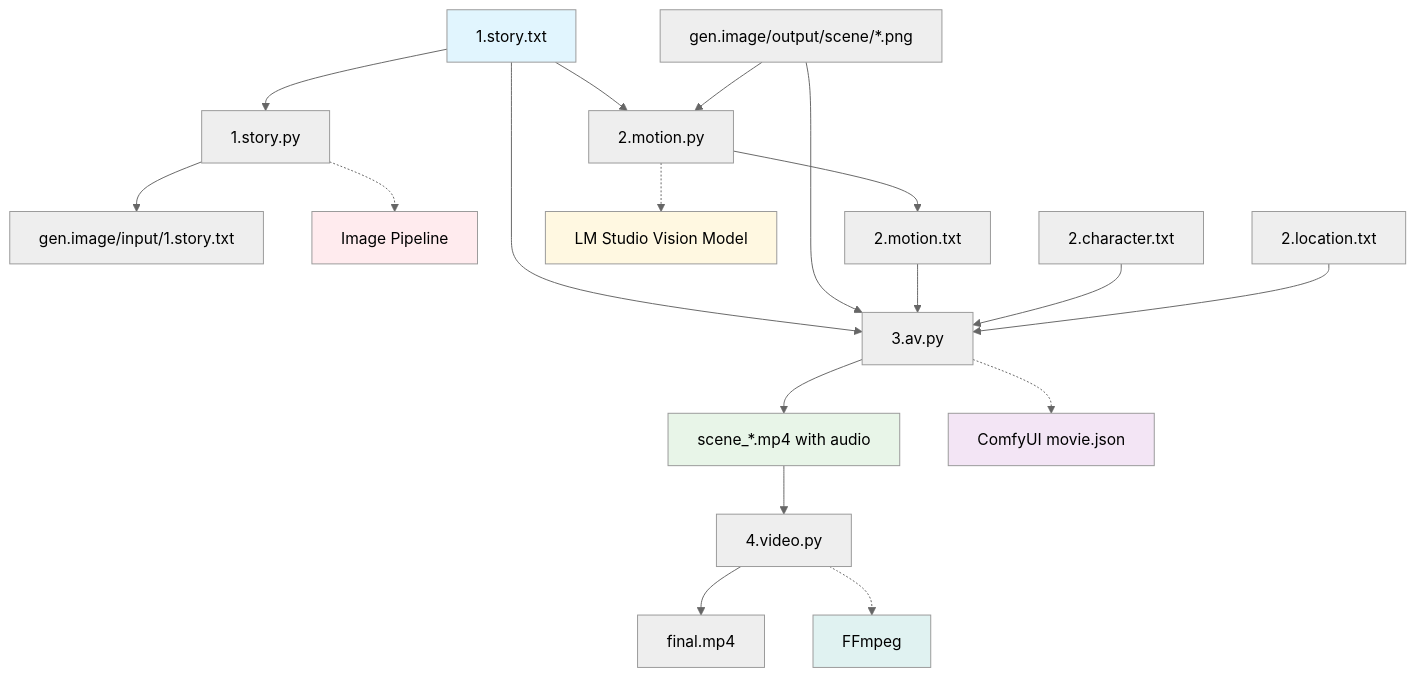
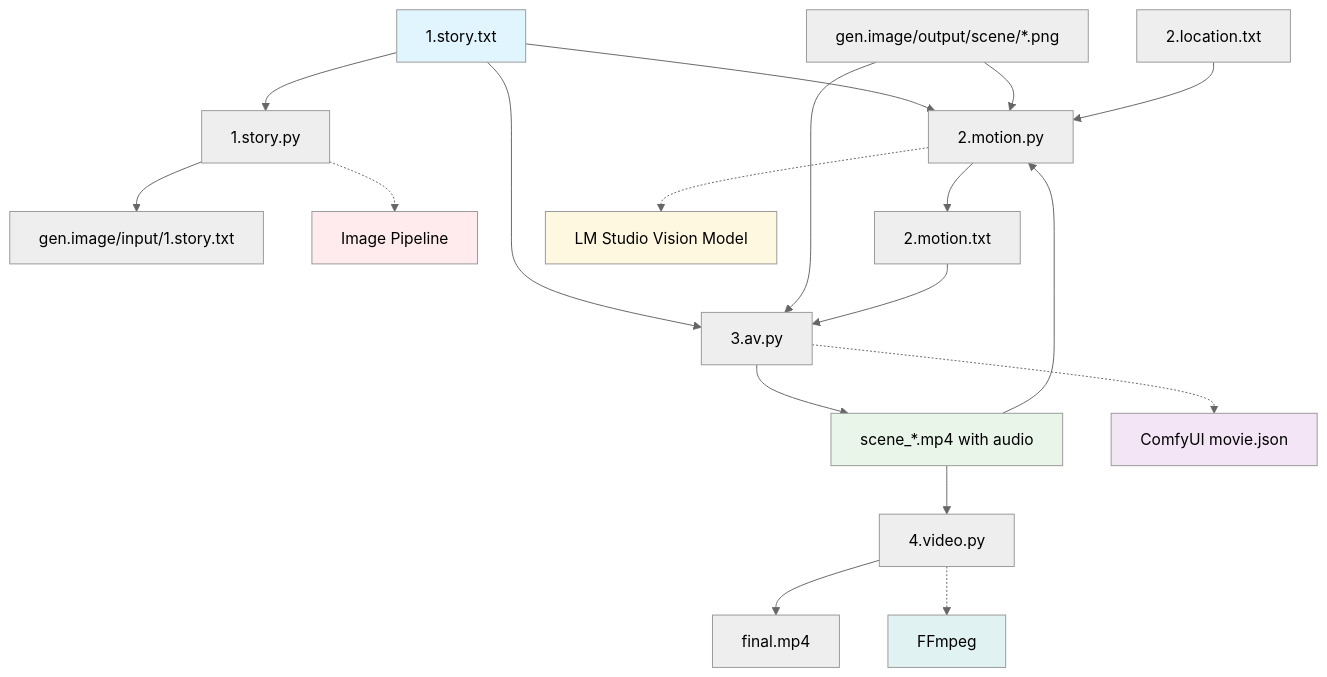
The fourth of 4 diagrams in README.md (prskid1000/AI-Content-Pipelines), drawn with Mermaid (neutral theme) before and after one commit. The commit also changed other lines of this file and 8 other files, not shown here.

````diff
--- a/README.md
+++ b/README.md
@@ -1084,30 +1121,30 @@
 ```mermaid
 graph TD
     A[1.story.txt] --> B[1.story.py]
     B --> C[gen.image/input/1.story.txt]
     B -.-> D[Image Pipeline]
     
     A --> E[2.motion.py]
     F[gen.image/output/scene/*.png] --> E
+    L[2.character.txt] --> E
+    K[2.location.txt] --> E
     E --> G[2.motion.txt]
     E -.-> H[LM Studio Vision Model]
     
     A --> I[3.av.py]
     F --> I
     G --> I
-    J[2.character.txt] --> I
-    K[2.location.txt] --> I
     I --> L[scene_*.mp4 with audio]
     I -.-> M[ComfyUI movie.json]
     
     L --> N[4.video.py]
     N --> O[final.mp4]
     N -.-> P[FFmpeg]
     
     style A fill:#e1f5fe
     style H fill:#fff8e1
     style M fill:#f3e5f5
     style P fill:#e0f2f1
     style D fill:#ffebee
     style L fill:#e8f5e8
 ```
````
